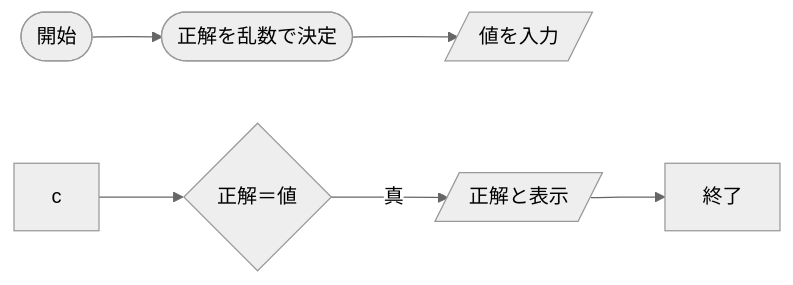
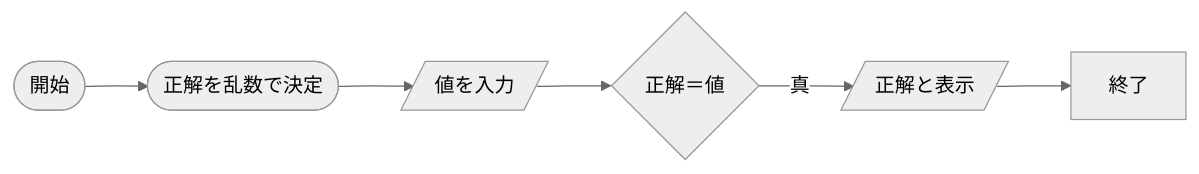
Before and after one commit to tpu-game-2022/mermaid_test: the diagram in README.md, drawn with Mermaid (neutral theme).

````diff
--- a/README.md
+++ b/README.md
@@ -20,8 +20,8 @@
 ```mermaid
 flowchart LR;
   A(["開始"]) --> B(["正解を乱数で決定"]);
   B --> C[/"値を入力"/]
-  c --> D{"正解＝値"}
+  C --> D{"正解＝値"}
   D --　真 -->E[/"正解と表示"/];
   E --> F["終了"];
 ```
````
